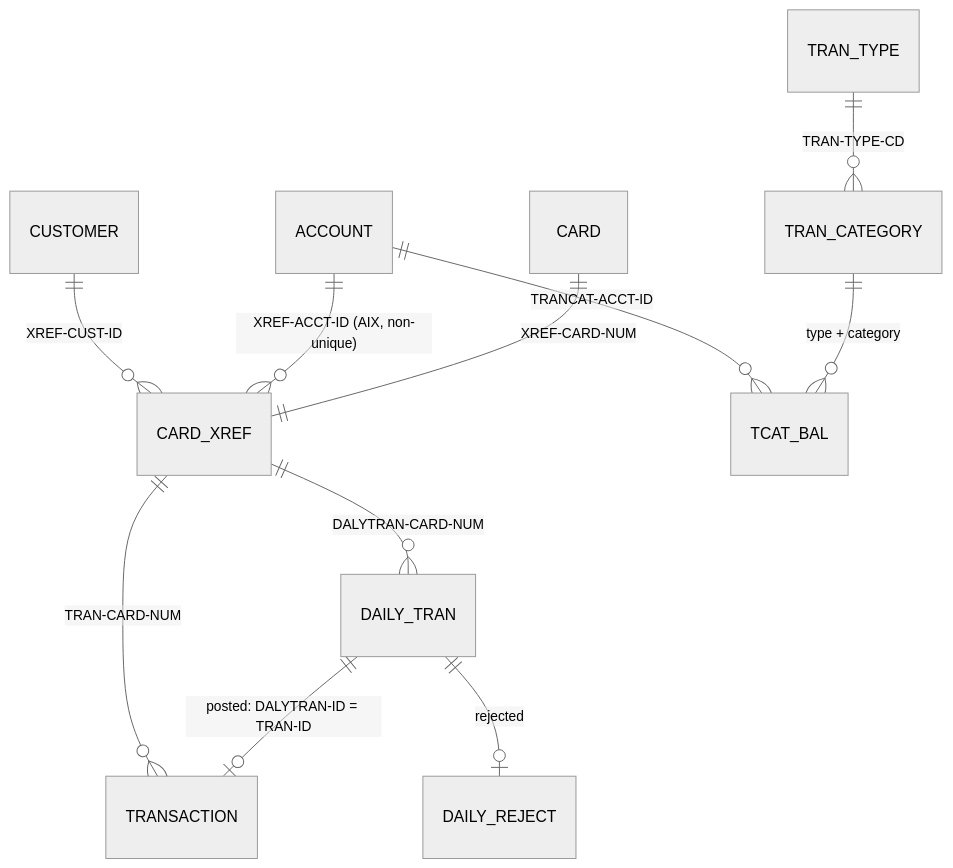
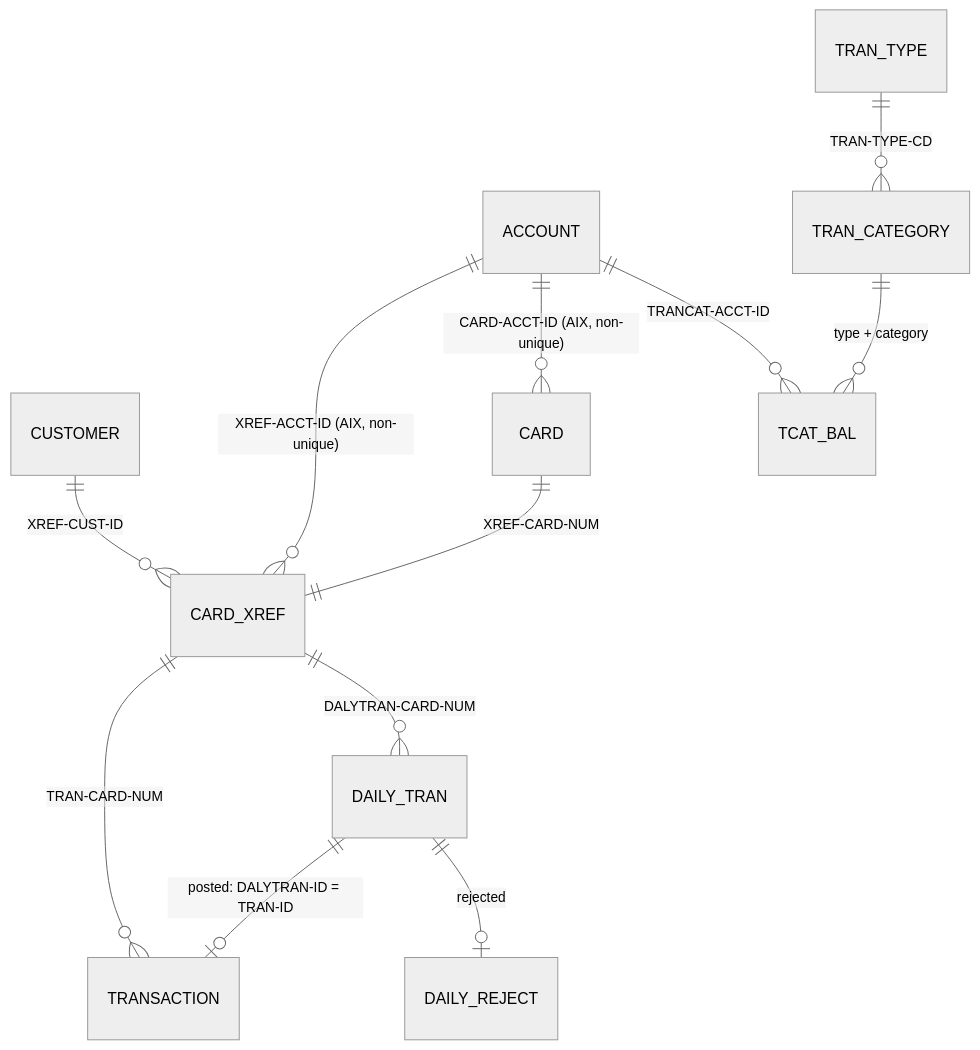
Before and after one commit to factory-senura-jayatunge/carddemo: the diagram in docs/modernization/spec/entities.md, drawn with Mermaid (neutral theme). The commit also changed other lines of this file, not shown here.

First line of the commit message:
Add ENT-CUSTOMER and ENT-CARD to the entity catalog

````diff
--- a/docs/modernization/spec/entities.md
+++ b/docs/modernization/spec/entities.md
@@ -14,13 +14,14 @@
 ```mermaid
 erDiagram
     CUSTOMER ||--o{ CARD_XREF : "XREF-CUST-ID"
     ACCOUNT ||--o{ CARD_XREF : "XREF-ACCT-ID (AIX, non-unique)"
     CARD ||--|| CARD_XREF : "XREF-CARD-NUM"
+    ACCOUNT ||--o{ CARD : "CARD-ACCT-ID (AIX, non-unique)"
     ACCOUNT ||--o{ TCAT_BAL : "TRANCAT-ACCT-ID"
     TRAN_TYPE ||--o{ TRAN_CATEGORY : "TRAN-TYPE-CD"
     TRAN_CATEGORY ||--o{ TCAT_BAL : "type + category"
     CARD_XREF ||--o{ TRANSACTION : "TRAN-CARD-NUM"
     CARD_XREF ||--o{ DAILY_TRAN : "DALYTRAN-CARD-NUM"
     DAILY_TRAN ||--o| TRANSACTION : "posted: DALYTRAN-ID = TRAN-ID"
     DAILY_TRAN ||--o| DAILY_REJECT : "rejected"
 ```
````
